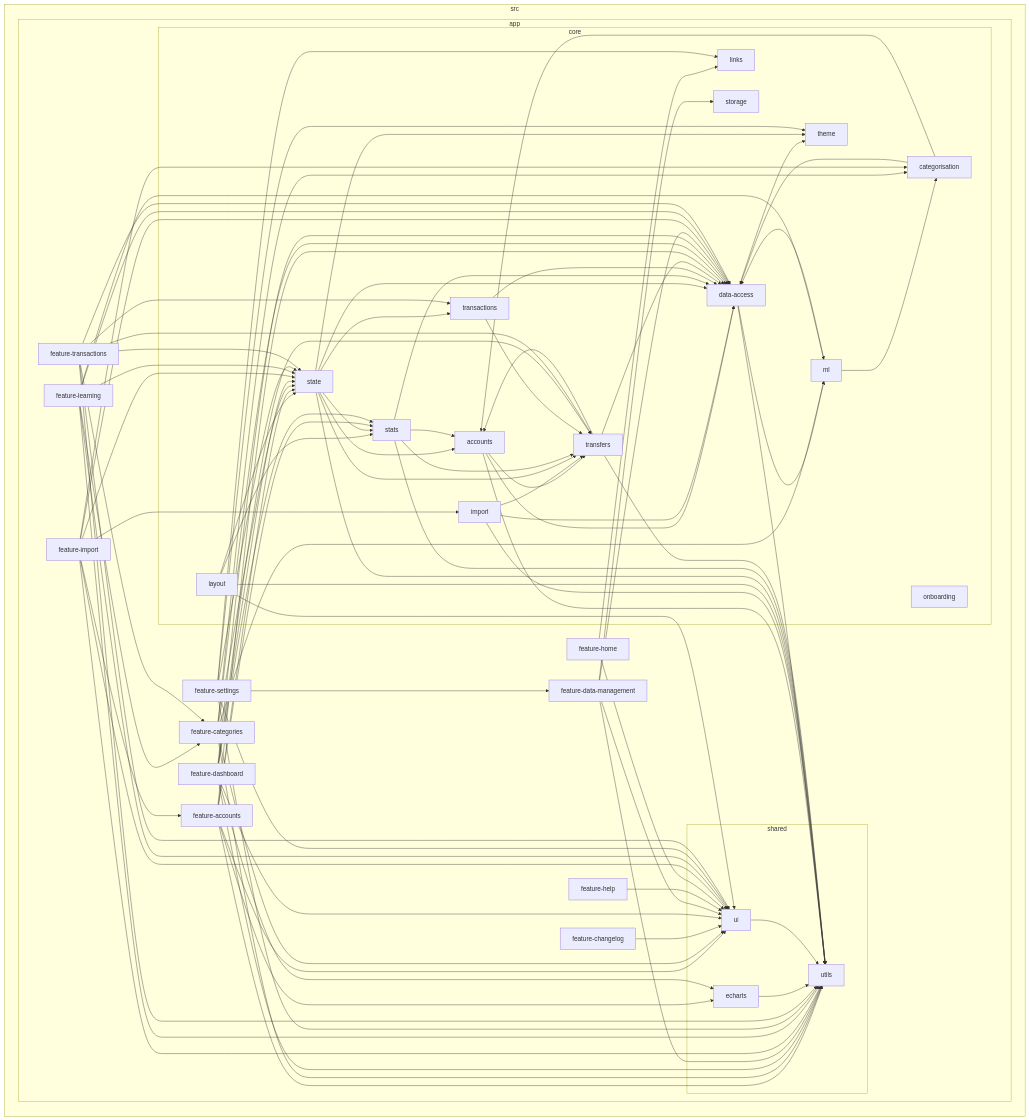
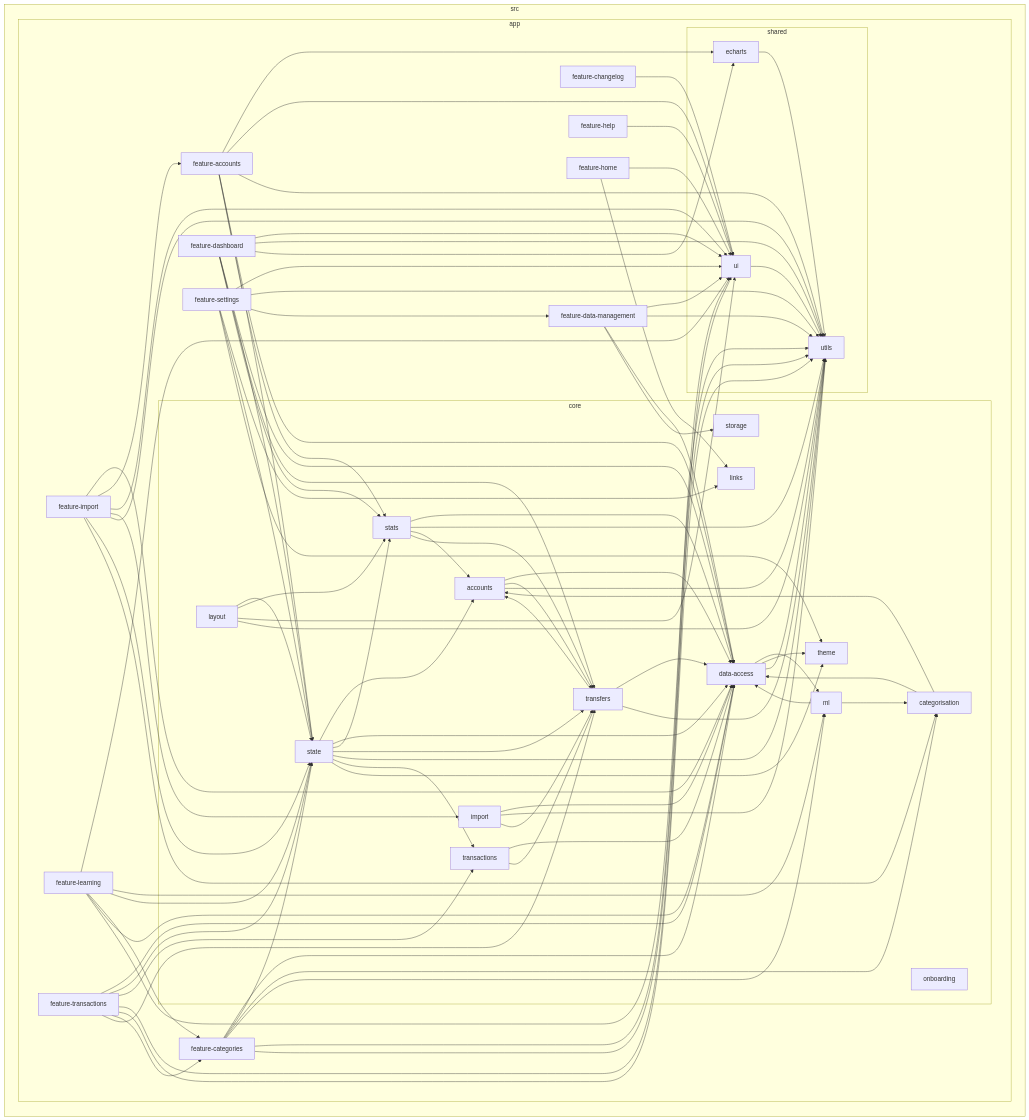
The diagram in reports/dependency-graph.mmd (kevhauma/money-mosaic-v2), drawn with Mermaid before and after one commit. The commit also changed other lines of this file and 25 other files, not shown here.

```diff
--- a/reports/dependency-graph.mmd
+++ b/reports/dependency-graph.mmd
@@ -1,126 +1,126 @@
 flowchart LR
 
 subgraph 0["src"]
 subgraph 1["app"]
 subgraph 2["core"]
 3["accounts"]
 4["categorisation"]
 5["data-access"]
 6["import"]
 7["layout"]
 8["links"]
 9["ml"]
 A["onboarding"]
 B["state"]
 C["stats"]
 D["storage"]
 E["theme"]
 F["transactions"]
 G["transfers"]
 end
 H["feature-accounts"]
 I["feature-categories"]
 J["feature-changelog"]
 K["feature-dashboard"]
 L["feature-data-management"]
 M["feature-help"]
 N["feature-home"]
 O["feature-import"]
 P["feature-learning"]
 Q["feature-settings"]
 R["feature-transactions"]
 subgraph S["shared"]
 T["echarts"]
 U["ui"]
 V["utils"]
 end
 end
 end
 3-->5
 3-->G
 3-->V
 4-->5
 4-->3
 5-->9
 5-->E
 5-->V
 6-->5
 6-->V
 6-->G
 7-->B
 7-->C
 7-->U
 7-->V
 9-->4
 9-->5
 B-->3
 B-->5
 B-->C
 B-->G
 B-->V
 B-->F
 B-->E
 C-->5
 C-->V
 C-->3
 C-->G
 F-->5
 F-->G
 G-->5
 G-->3
 G-->V
 H-->5
 H-->T
 H-->B
 H-->U
 H-->V
 H-->C
 I-->5
 I-->B
 I-->U
 I-->V
 I-->4
 I-->9
 J-->U
 K-->5
 K-->B
 K-->U
 K-->V
 K-->G
 K-->C
 K-->T
 L-->5
 L-->D
 L-->U
 L-->V
 M-->U
 N-->8
 N-->U
 O-->5
 O-->H
 O-->U
 O-->6
 O-->V
 O-->B
 O-->4
 P-->U
 P-->9
 P-->B
 P-->I
 P-->5
 P-->V
+Q-->U
 Q-->8
 Q-->B
+Q-->V
+Q-->L
 Q-->E
-Q-->L
-Q-->U
-Q-->V
 R-->5
 R-->B
 R-->F
 R-->U
 R-->V
 R-->I
 R-->G
 T-->V
 U-->V
```
